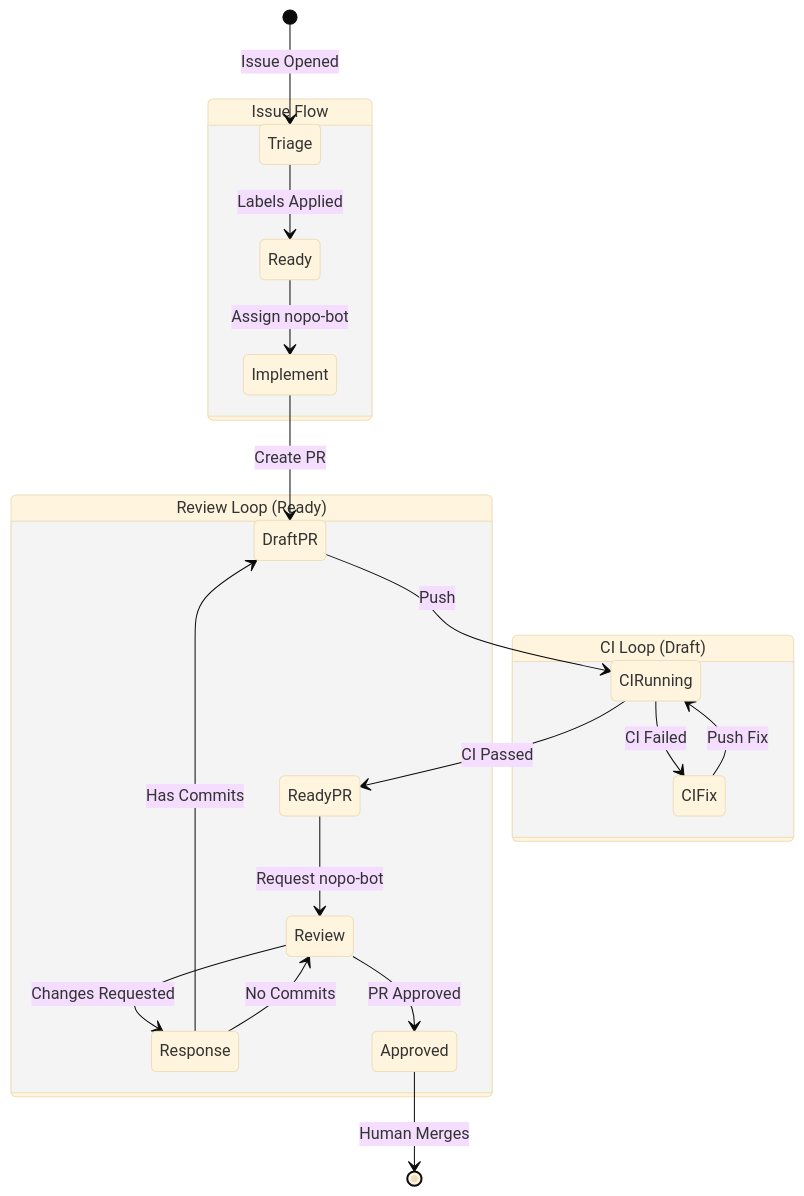
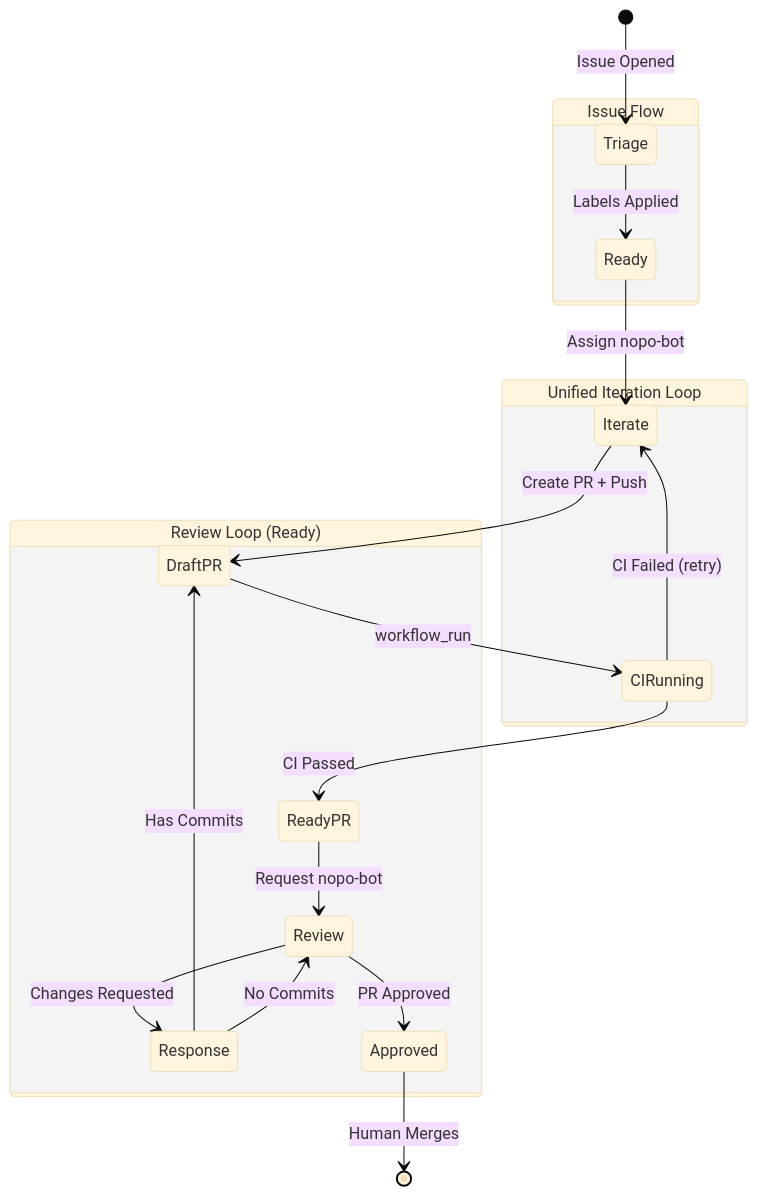
Before and after one commit to kevin-mind/nopo: the fourth of 5 diagrams in docs/automation/ARCHITECTURE.md, drawn with Mermaid (base theme). The commit also changed other lines of this file and 1 other file, not shown here.

First line of the commit message:
docs: update automation documentation for unified iteration model

````diff
--- a/docs/automation/ARCHITECTURE.md
+++ b/docs/automation/ARCHITECTURE.md
@@ -146,28 +142,26 @@
 ```mermaid
 stateDiagram-v2
     [*] --> Triage: Issue Opened
 
     state "Issue Flow" as IssueFlow {
         Triage --> Ready: Labels Applied
-        Ready --> Implement: Assign nopo-bot
+        Ready --> Iterate: Assign nopo-bot
     }
 
-    Implement --> DraftPR: Create PR
-
-    state "CI Loop (Draft)" as CILoop {
-        DraftPR --> CIRunning: Push
-        CIRunning --> CIFix: CI Failed
-        CIFix --> CIRunning: Push Fix
+    state "Unified Iteration Loop" as IterationLoop {
+        Iterate --> DraftPR: Create PR + Push
+        DraftPR --> CIRunning: workflow_run
+        CIRunning --> Iterate: CI Failed (retry)
         CIRunning --> ReadyPR: CI Passed
     }
 
     state "Review Loop (Ready)" as ReviewLoop {
         ReadyPR --> Review: Request nopo-bot
         Review --> Response: Changes Requested
         Response --> DraftPR: Has Commits
         Response --> Review: No Commits
         Review --> Approved: PR Approved
     }
 
     Approved --> [*]: Human Merges
 ```
````
